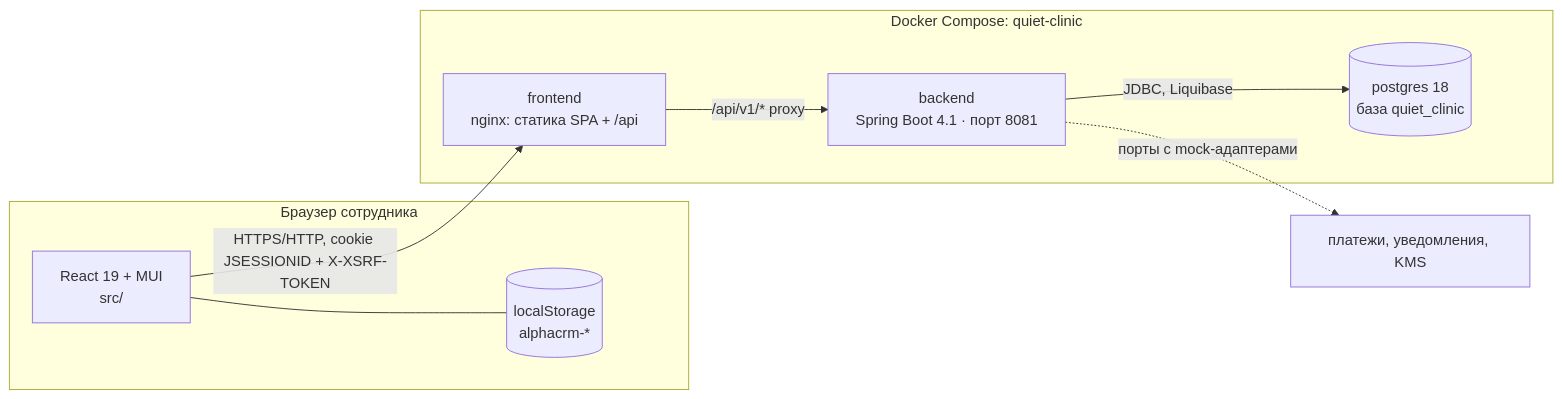
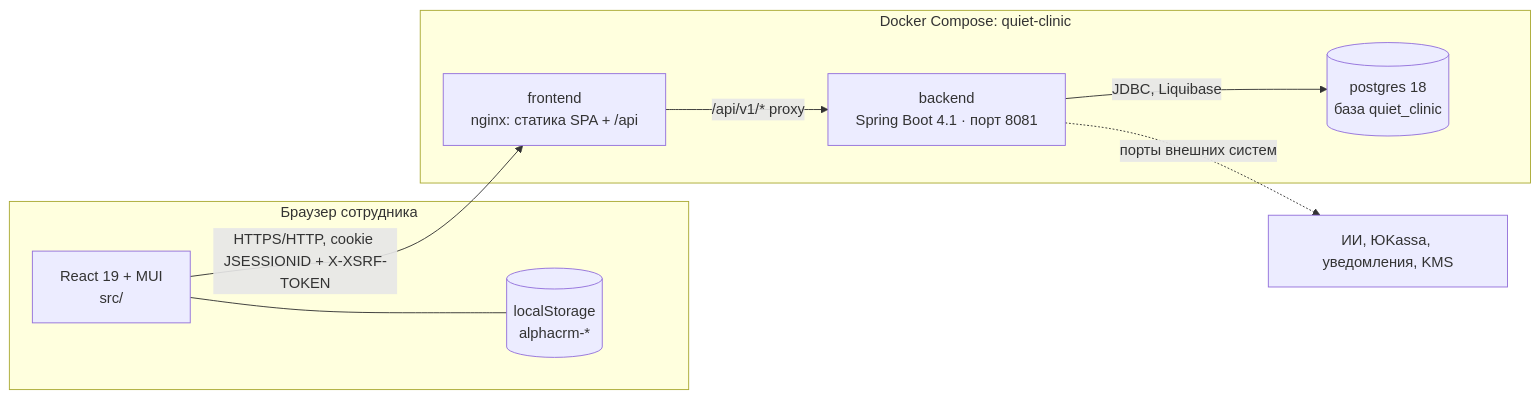
The first of 5 diagrams in docs/architecture.md (IlyaSimis/AlphaCRM), drawn with Mermaid before and after one commit. The commit also changed other lines of this file and 44 other files, not shown here.

````diff
--- a/docs/architecture.md
+++ b/docs/architecture.md
@@ -23,17 +23,17 @@
 ```mermaid
 flowchart LR
     subgraph Browser["Браузер сотрудника"]
         SPA["React 19 + MUI<br/>src/"]
         LS[("localStorage<br/>alphacrm-*")]
     end
     subgraph Docker["Docker Compose: quiet-clinic"]
         NGINX["frontend<br/>nginx: статика SPA + /api"]
         API["backend<br/>Spring Boot 4.1 · порт 8081"]
         PG[("postgres 18<br/>база quiet_clinic")]
     end
     SPA -- "HTTPS/HTTP, cookie JSESSIONID + X-XSRF-TOKEN" --> NGINX
     NGINX -- "/api/v1/* proxy" --> API
     API -- "JDBC, Liquibase" --> PG
     SPA --- LS
-    API -. "порты с mock-адаптерами" .-> EXT["платежи, уведомления, KMS"]
+    API -. "порты внешних систем" .-> EXT["ИИ, ЮKassa, уведомления, KMS"]
 ```
````
